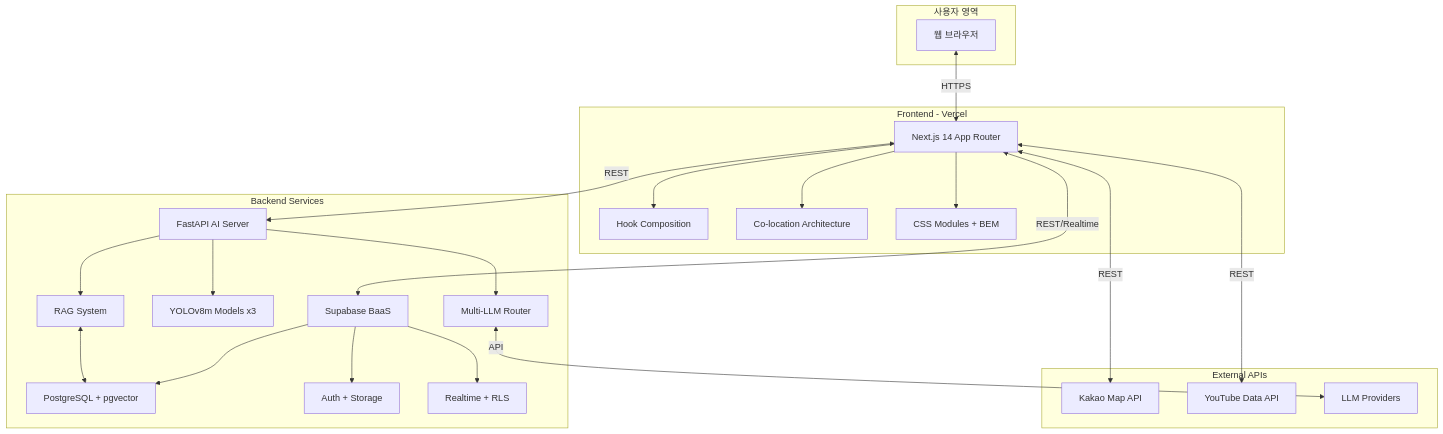
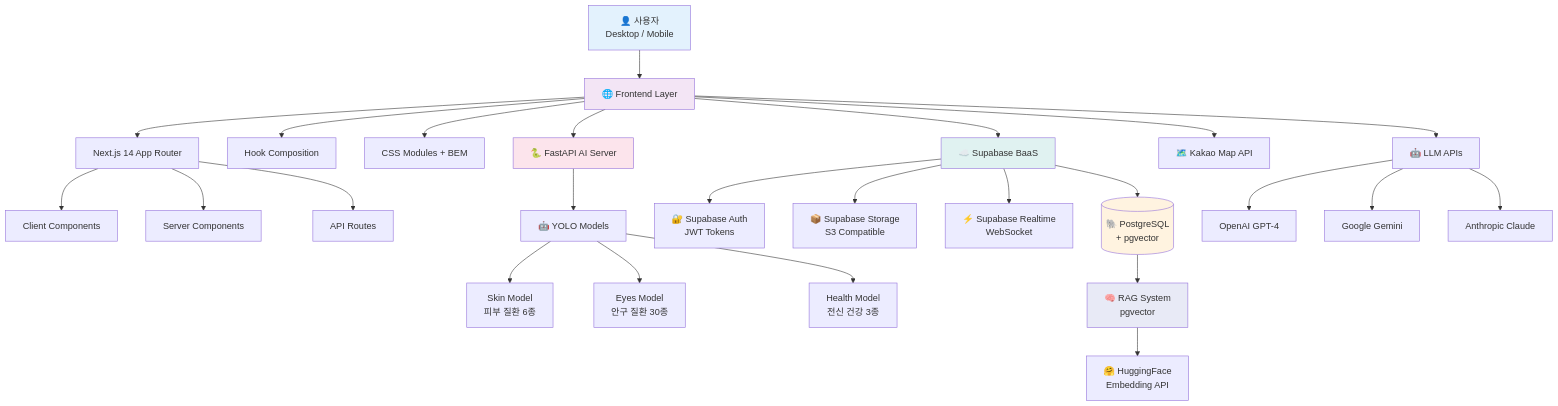
One commit to LYSS-LGU/wh07-3rd-Fetpal changed the first of 2 diagrams in README.md. Above: the diagram before and after it, drawn with Mermaid. The commit also changed other lines of this file, not shown here.

Commit message:
docs: README.md 최신화
- 시스템 아키텍처 Mermaid 다이어그램 업데이트
  - YOLO 3종 모델 상세 표시
  - RAG System + pgvector 추가
  - Multi-LLM (GPT-4/Gemini/Claude) 표시
  - Hook Composition, Co-location 강조
- 학원 이름 수정: LG U+ Why not camp 7기

````diff
--- a/README.md
+++ b/README.md
@@ -199,51 +199,40 @@
 ```mermaid
 graph TB
-    subgraph "사용자 영역"
-        A[웹 브라우저]
-    end
+    User[👤 사용자<br/>Desktop / Mobile] --> Frontend[🌐 Frontend Layer]
+    Frontend --> Next[Next.js 14 App Router]
+    Frontend --> Hooks[Hook Composition]
+    Frontend --> CSS[CSS Modules + BEM]
     
-    subgraph "Frontend - Vercel"
-        B[Next.js 14 App Router]
-        B1[Hook Composition]
-        B2[Co-location Architecture]
-        B3[CSS Modules + BEM]
-    end
+    Next --> ClientComp[Client Components]
+    Next --> ServerComp[Server Components]
+    Next --> APIRoute[API Routes]
     
-    subgraph "Backend Services"
-        C[Supabase BaaS]
-        C1[PostgreSQL + pgvector]
-        C2[Auth + Storage]
-        C3[Realtime + RLS]
-        
-        D[FastAPI AI Server]
-        D1[YOLOv8m Models x3]
-        D2[RAG System]
-        D3[Multi-LLM Router]
-    end
+    Frontend --> Supabase[☁️ Supabase BaaS]
+    Frontend --> FastAPI[🐍 FastAPI AI Server]
+    Frontend --> KakaoAPI[🗺️ Kakao Map API]
+    Frontend --> LLM[🤖 LLM APIs]
     
-    subgraph "External APIs"
-        E[Kakao Map API]
-        F[YouTube Data API]
-        G[LLM Providers]
-    end
+    Supabase --> PostgreSQL[(🐘 PostgreSQL<br/>+ pgvector)]
+    Supabase --> Auth[🔐 Supabase Auth<br/>JWT Tokens]
+    Supabase --> Storage[📦 Supabase Storage<br/>S3 Compatible]
+    Supabase --> Realtime[⚡ Supabase Realtime<br/>WebSocket]
     
-    A <-->|HTTPS| B
-    B --> B1
-    B --> B2
-    B --> B3
+    FastAPI --> YOLO[🤖 YOLO Models]
+    YOLO --> SkinModel[Skin Model<br/>피부 질환 6종]
+    YOLO --> EyesModel[Eyes Model<br/>안구 질환 30종]
+    YOLO --> HealthModel[Health Model<br/>전신 건강 3종]
     
-    B <-->|REST/Realtime| C
-    C --> C1
-    C --> C2
-    C --> C3
+    PostgreSQL --> RAG[🧠 RAG System<br/>pgvector]
+    RAG --> HuggingFace[🤗 HuggingFace<br/>Embedding API]
     
-    B <-->|REST| D
-    D --> D1
-    D --> D2
-    D --> D3
+    LLM --> GPT[OpenAI GPT-4]
+    LLM --> Gemini[Google Gemini]
+    LLM --> Claude[Anthropic Claude]
     
-    B <-->|REST| E
-    B <-->|REST| F
-    D3 <-->|API| G
-    D2 <--> C1
+    style User fill:#E3F2FD
+    style Frontend fill:#F3E5F5
+    style Supabase fill:#E0F2F1
+    style FastAPI fill:#FCE4EC
+    style PostgreSQL fill:#FFF3E0
+    style RAG fill:#E8EAF6
 ```
````
